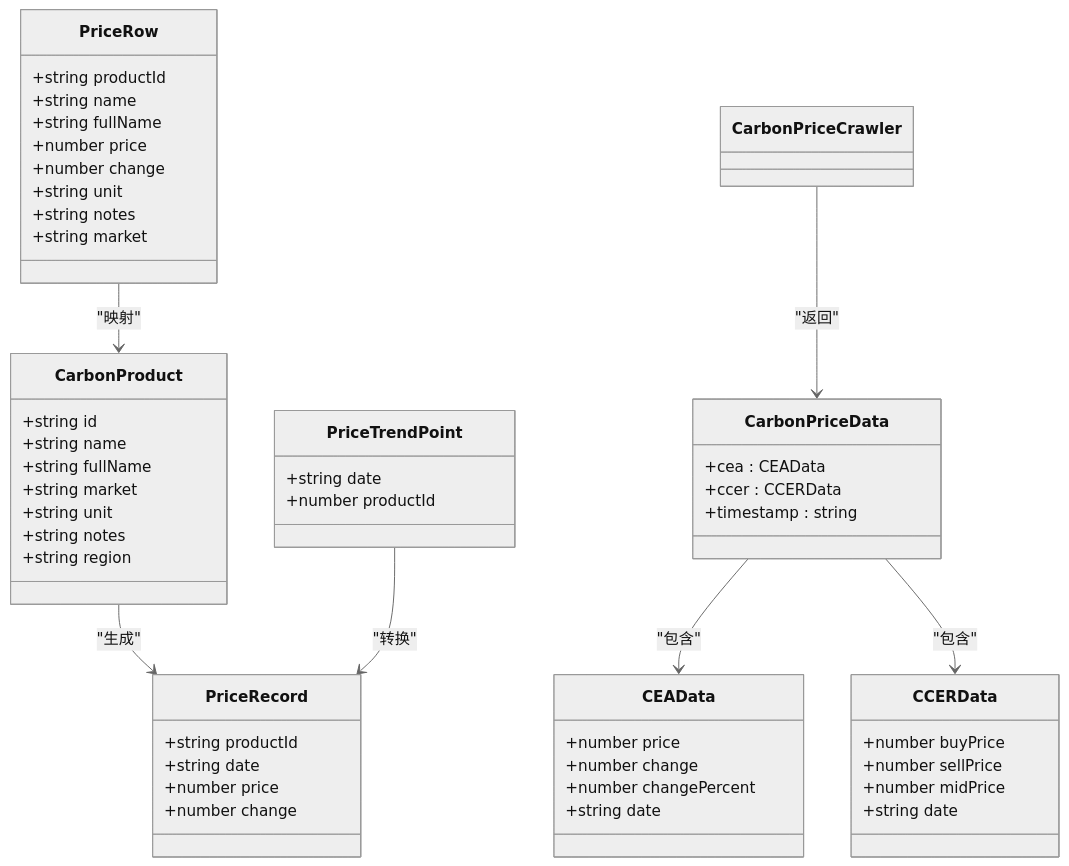
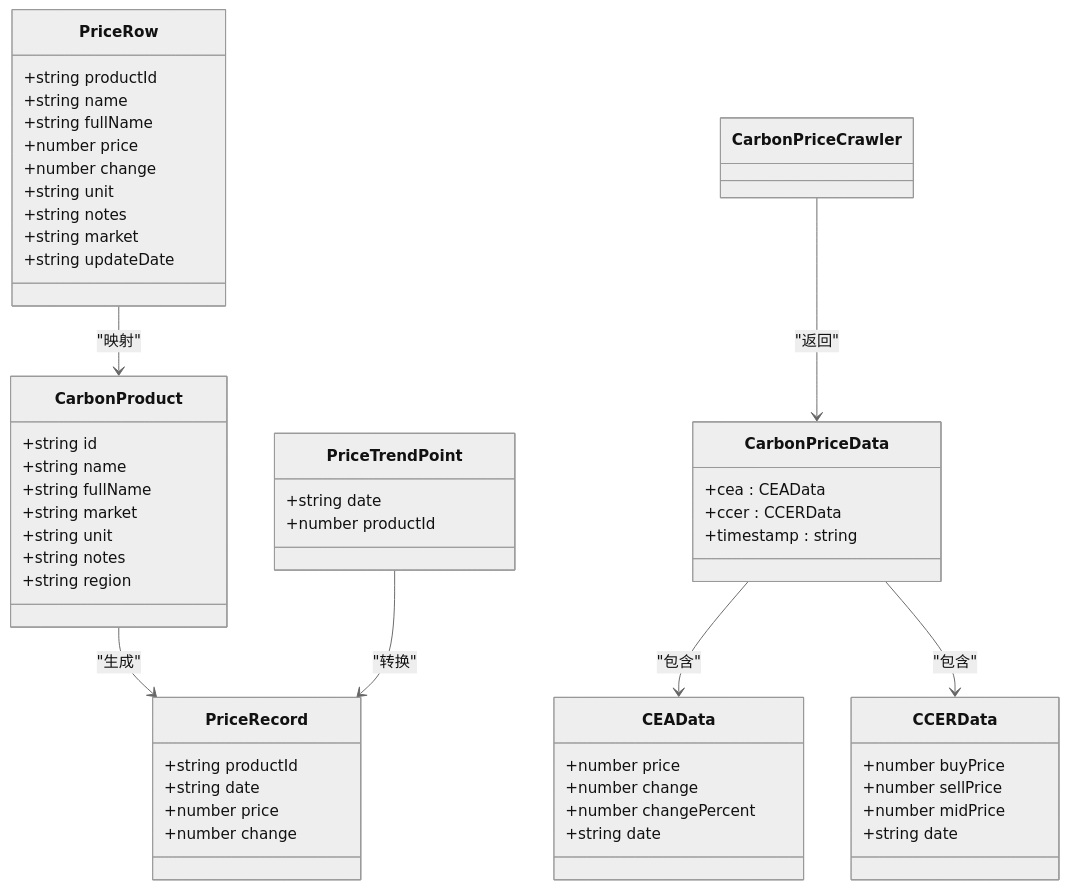
One commit to liangxuanliang-cmd/carbon-info-agent changed the second of 13 diagrams in .qoder/repowiki/zh/content/数据管理/价格数据管理.md. Above: the diagram before and after it, drawn with Mermaid (neutral theme). The commit also changed other lines of this file and 8 other files, not shown here.

````diff
--- a/.qoder/repowiki/zh/content/数据管理/价格数据管理.md
+++ b/.qoder/repowiki/zh/content/数据管理/价格数据管理.md
@@ -116,55 +117,56 @@
 ```mermaid
 classDiagram
 class CarbonProduct {
 +string id
 +string name
 +string fullName
 +string market
 +string unit
 +string notes
 +string region
 }
 class PriceRecord {
 +string productId
 +string date
 +number price
 +number change
 }
 class PriceTrendPoint {
 +string date
 +number productId
 }
 class PriceRow {
 +string productId
 +string name
 +string fullName
 +number price
 +number change
 +string unit
 +string notes
 +string market
++string updateDate
 }
 class CarbonPriceData {
 +cea : CEAData
 +ccer : CCERData
 +timestamp : string
 }
 class CEAData {
 +number price
 +number change
 +number changePercent
 +string date
 }
 class CCERData {
 +number buyPrice
 +number sellPrice
 +number midPrice
 +string date
 }
 CarbonProduct --> PriceRecord : "生成"
 PriceTrendPoint --> PriceRecord : "转换"
 PriceRow --> CarbonProduct : "映射"
 CarbonPriceCrawler --> CarbonPriceData : "返回"
 CarbonPriceData --> CEAData : "包含"
 CarbonPriceData --> CCERData : "包含"
 ```
````
